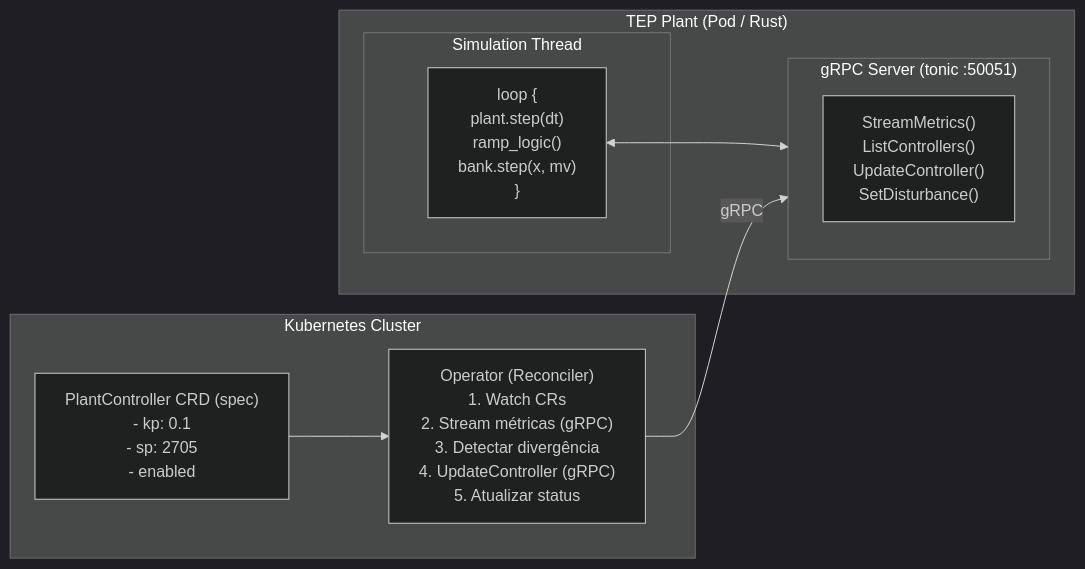
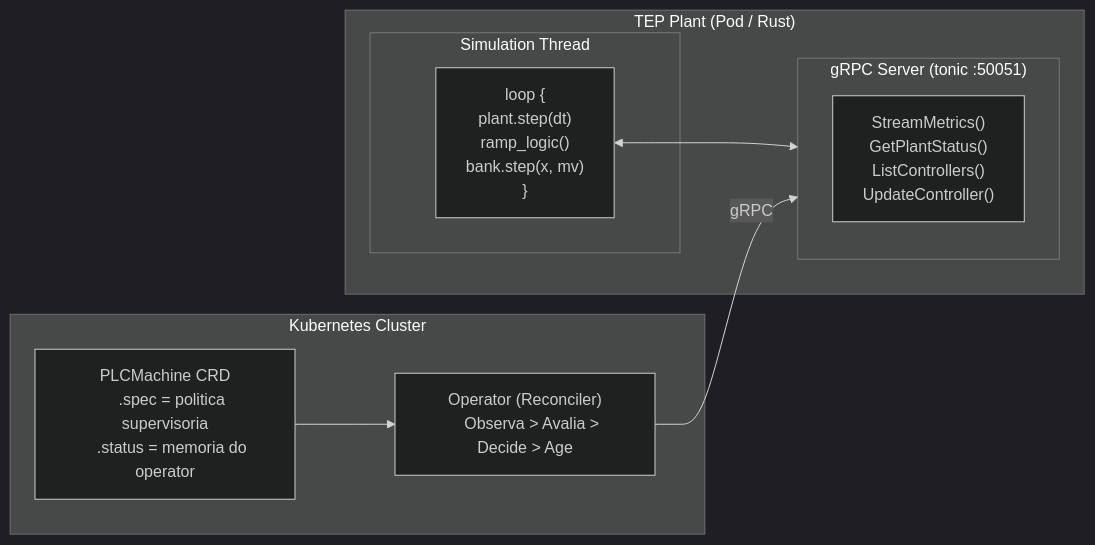
The diagram in docs/07-grpc-architecture.md (Green-Cinnamon-Labs/fork-tennesseeEastman), drawn with Mermaid (dark theme) before and after one commit. The commit also changed other lines of this file and 4 other files, not shown here.

First line of the commit message:
refactor: remove AddController, RemoveController, SetDisturbance from gRPC API

````diff
--- a/docs/07-grpc-architecture.md
+++ b/docs/07-grpc-architecture.md
@@ -16,44 +16,39 @@
 ```mermaid
 flowchart LR
 
   subgraph K8s["Kubernetes Cluster"]
 
-    CRD["PlantController CRD (spec)
-    - kp: 0.1
-    - sp: 2705
-    - enabled"]
+    CRD["PLCMachine CRD
+    .spec = politica supervisoria
+    .status = memoria do operator"]
 
     Operator["Operator (Reconciler)
-    1. Watch CRs
-    2. Stream métricas (gRPC)
-    3. Detectar divergência
-    4. UpdateController (gRPC)
-    5. Atualizar status"]
+    Observa > Avalia > Decide > Age"]
 
     CRD --> Operator
 
   end
 
   subgraph Plant["TEP Plant (Pod / Rust)"]
 
     subgraph Sim["Simulation Thread"]
       Loop["loop {
         plant.step(dt)
         ramp_logic()
         bank.step(x, mv)
       }"]
     end
 
     subgraph GRPC["gRPC Server (tonic :50051)"]
       API["StreamMetrics()
+      GetPlantStatus()
       ListControllers()
-      UpdateController()
-      SetDisturbance()"]
+      UpdateController()"]
     end
 
     Loop <--> GRPC
 
   end
 
   Operator -- gRPC --> GRPC
 ```
````
